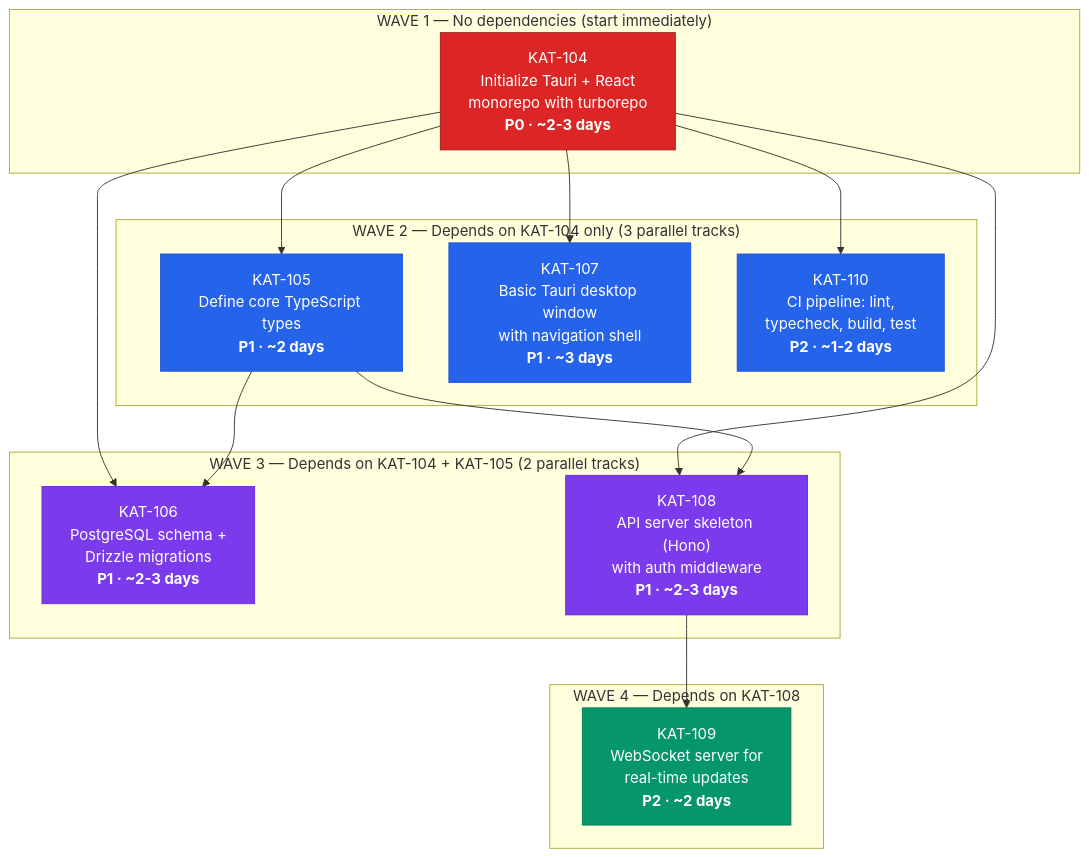
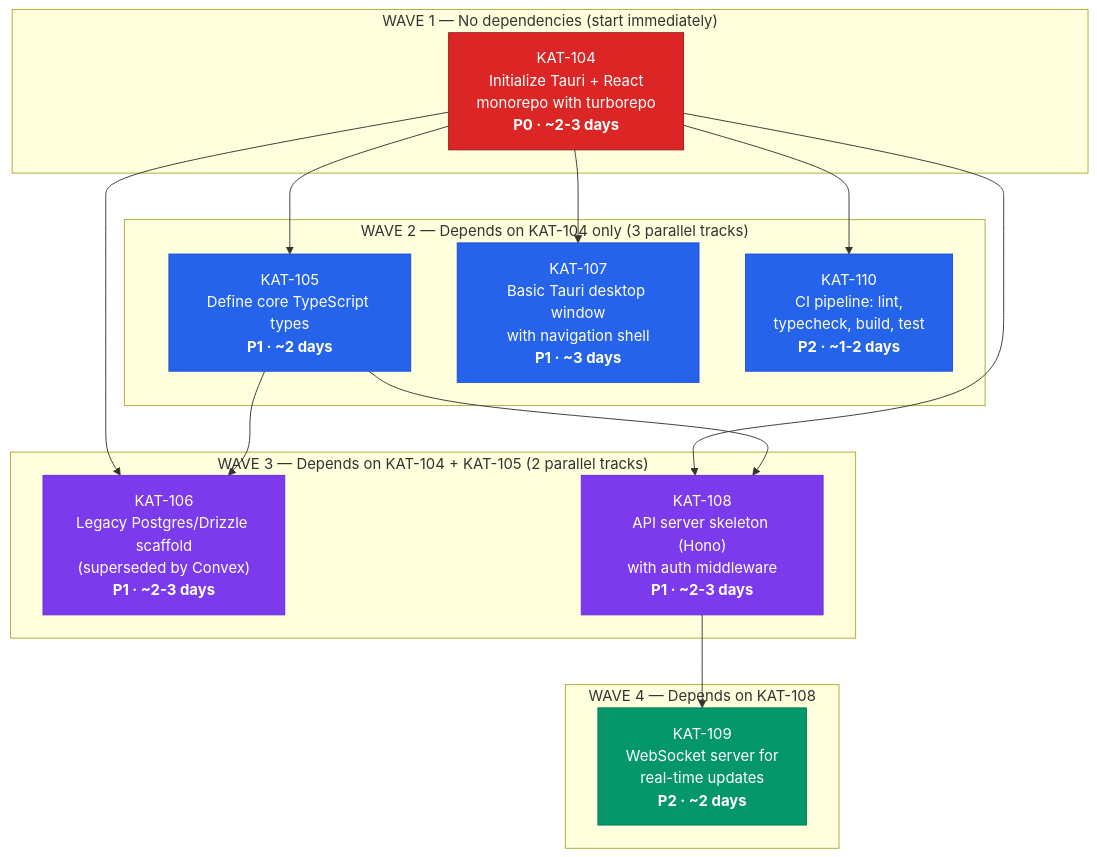
Before and after one commit to gannonh/kata-cloud-agents: the diagram in docs/M0-dependency-graph.mermaid, drawn with Mermaid. The commit also changed 10 other files, not shown here.

```diff
--- a/docs/M0-dependency-graph.mermaid
+++ b/docs/M0-dependency-graph.mermaid
@@ -1,38 +1,38 @@
 graph TD
     subgraph "WAVE 1 — No dependencies (start immediately)"
         KAT104["KAT-104<br/>Initialize Tauri + React<br/>monorepo with turborepo<br/><b>P0 · ~2-3 days</b>"]
     end
 
     subgraph "WAVE 2 — Depends on KAT-104 only (3 parallel tracks)"
         KAT105["KAT-105<br/>Define core TypeScript types<br/><b>P1 · ~2 days</b>"]
         KAT107["KAT-107<br/>Basic Tauri desktop window<br/>with navigation shell<br/><b>P1 · ~3 days</b>"]
         KAT110["KAT-110<br/>CI pipeline: lint,<br/>typecheck, build, test<br/><b>P2 · ~1-2 days</b>"]
     end
 
     subgraph "WAVE 3 — Depends on KAT-104 + KAT-105 (2 parallel tracks)"
-        KAT106["KAT-106<br/>PostgreSQL schema +<br/>Drizzle migrations<br/><b>P1 · ~2-3 days</b>"]
+        KAT106["KAT-106<br/>Legacy Postgres/Drizzle scaffold<br/>(superseded by Convex)<br/><b>P1 · ~2-3 days</b>"]
         KAT108["KAT-108<br/>API server skeleton (Hono)<br/>with auth middleware<br/><b>P1 · ~2-3 days</b>"]
     end
 
     subgraph "WAVE 4 — Depends on KAT-108"
         KAT109["KAT-109<br/>WebSocket server for<br/>real-time updates<br/><b>P2 · ~2 days</b>"]
     end
 
     KAT104 --> KAT105
     KAT104 --> KAT107
     KAT104 --> KAT110
     KAT104 --> KAT106
     KAT104 --> KAT108
     KAT105 --> KAT106
     KAT105 --> KAT108
     KAT108 --> KAT109
 
     classDef wave1 fill:#dc2626,color:#fff,stroke:#991b1b
     classDef wave2 fill:#2563eb,color:#fff,stroke:#1d4ed8
     classDef wave3 fill:#7c3aed,color:#fff,stroke:#6d28d9
     classDef wave4 fill:#059669,color:#fff,stroke:#047857
 
     class KAT104 wave1
     class KAT105,KAT107,KAT110 wave2
     class KAT106,KAT108 wave3
     class KAT109 wave4
```
